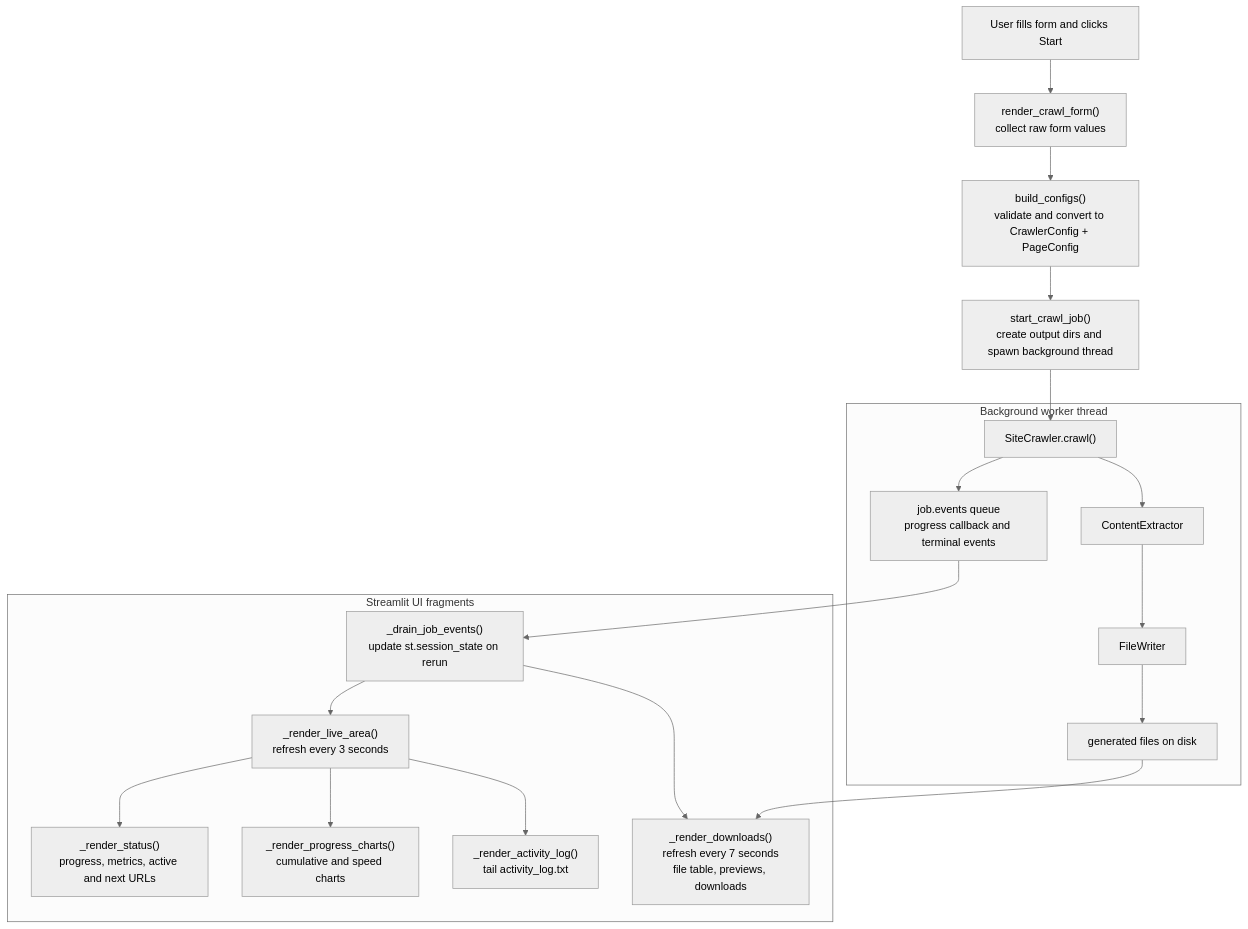
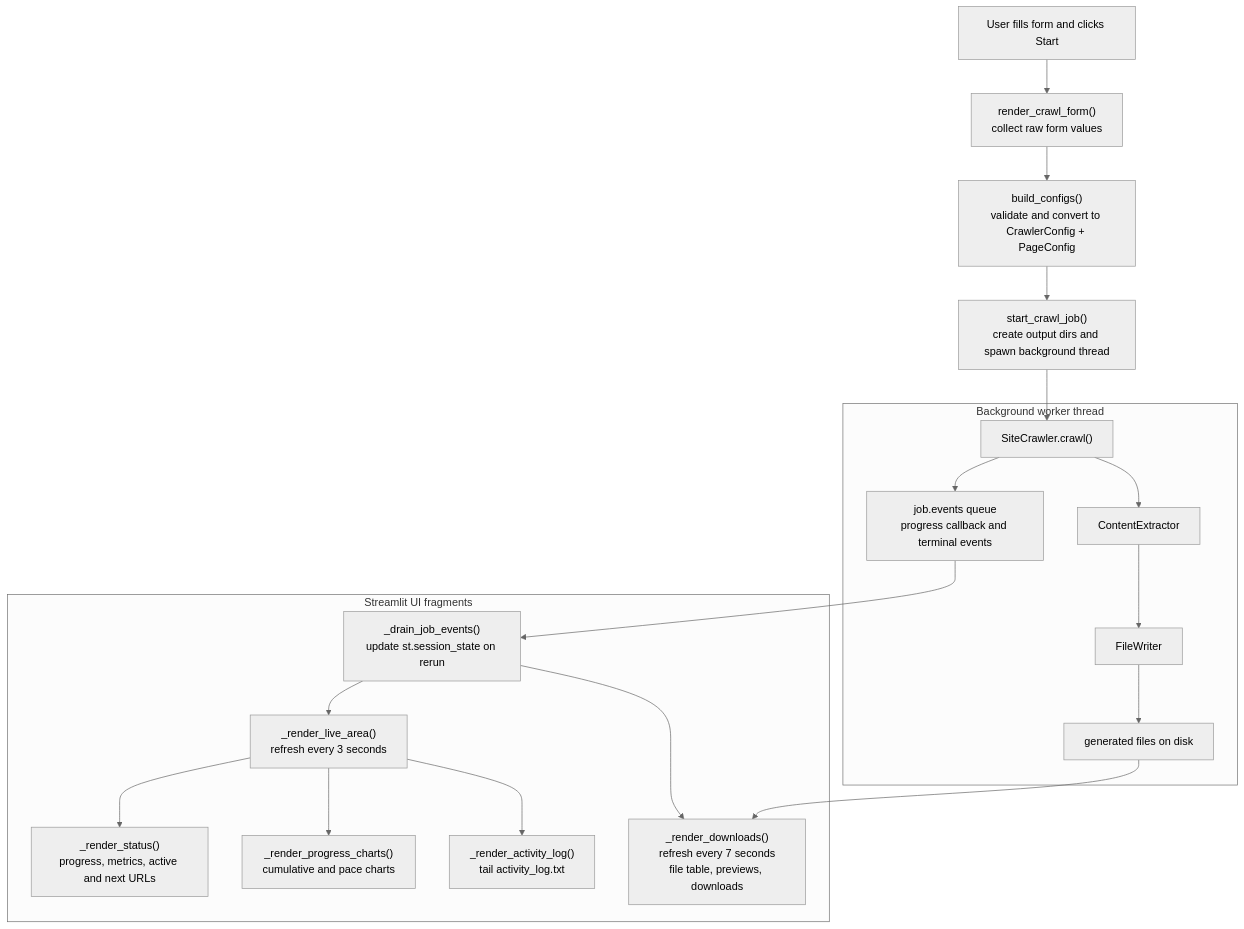
Before and after one commit to prakosd/rag-playground: the sixth of 6 diagrams in apps/streamlit/README.md, drawn with Mermaid (neutral theme). The commit also changed other lines of this file and 7 other files, not shown here.

Commit message:
feat: update progress chart to use cumulative totals and pace metrics with dynamic time units

````diff
--- a/apps/streamlit/README.md
+++ b/apps/streamlit/README.md
@@ -326,25 +327,25 @@
 ```mermaid
 flowchart TD
   User["User fills form and clicks Start"] --> Form["render_crawl_form()<br/>collect raw form values"]
   Form --> Configs["build_configs()<br/>validate and convert to CrawlerConfig + PageConfig"]
   Configs --> StartJob["start_crawl_job()<br/>create output dirs and spawn background thread"]
 
   StartJob --> WorkerCrawl
   subgraph Worker["Background worker thread"]
     WorkerCrawl["SiteCrawler.crawl()"] --> WorkerExtract["ContentExtractor"]
     WorkerExtract --> WorkerWrite["FileWriter"]
     WorkerWrite --> GeneratedOutput["generated files on disk"]
     WorkerCrawl --> Events["job.events queue<br/>progress callback and terminal events"]
   end
 
   Events --> Drain["_drain_job_events()<br/>update st.session_state on rerun"]
 
   subgraph LiveUI["Streamlit UI fragments"]
     Drain --> LiveArea["_render_live_area()<br/>refresh every 3 seconds"]
     LiveArea --> Status["_render_status()<br/>progress, metrics, active and next URLs"]
-    LiveArea --> Charts["_render_progress_charts()<br/>cumulative and speed charts"]
+    LiveArea --> Charts["_render_progress_charts()<br/>cumulative and pace charts"]
     LiveArea --> Log["_render_activity_log()<br/>tail activity_log.txt"]
     Drain --> Downloads["_render_downloads()<br/>refresh every 7 seconds<br/>file table, previews, downloads"]
     GeneratedOutput --> Downloads
   end
 ```
````
